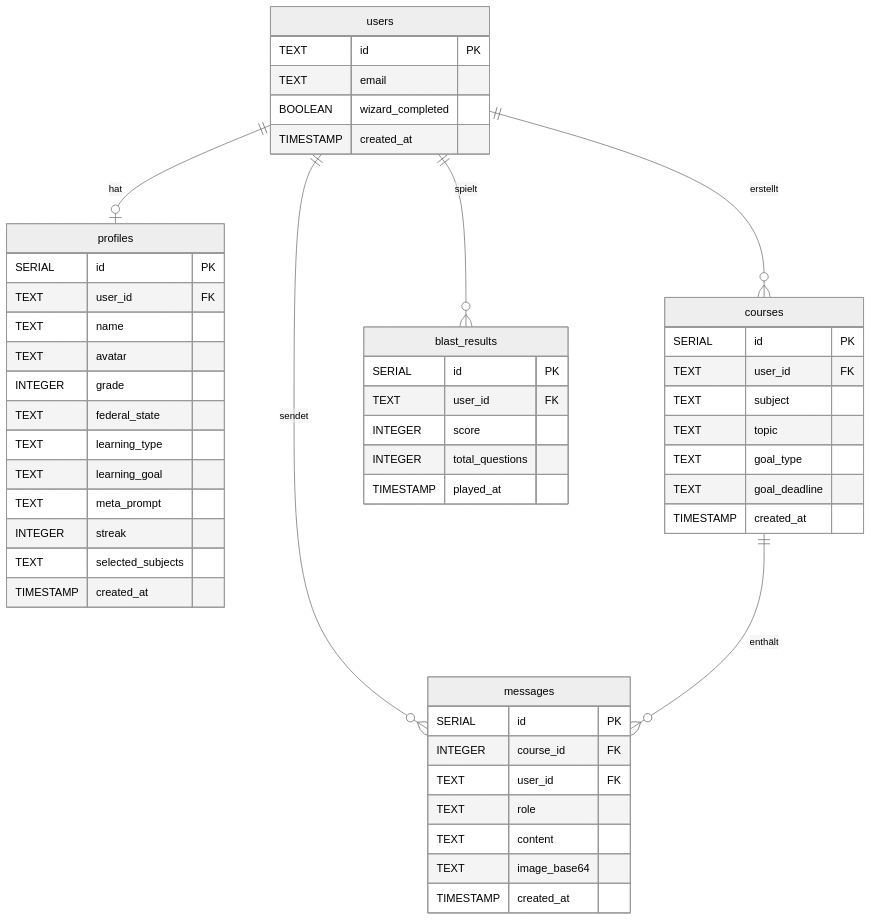
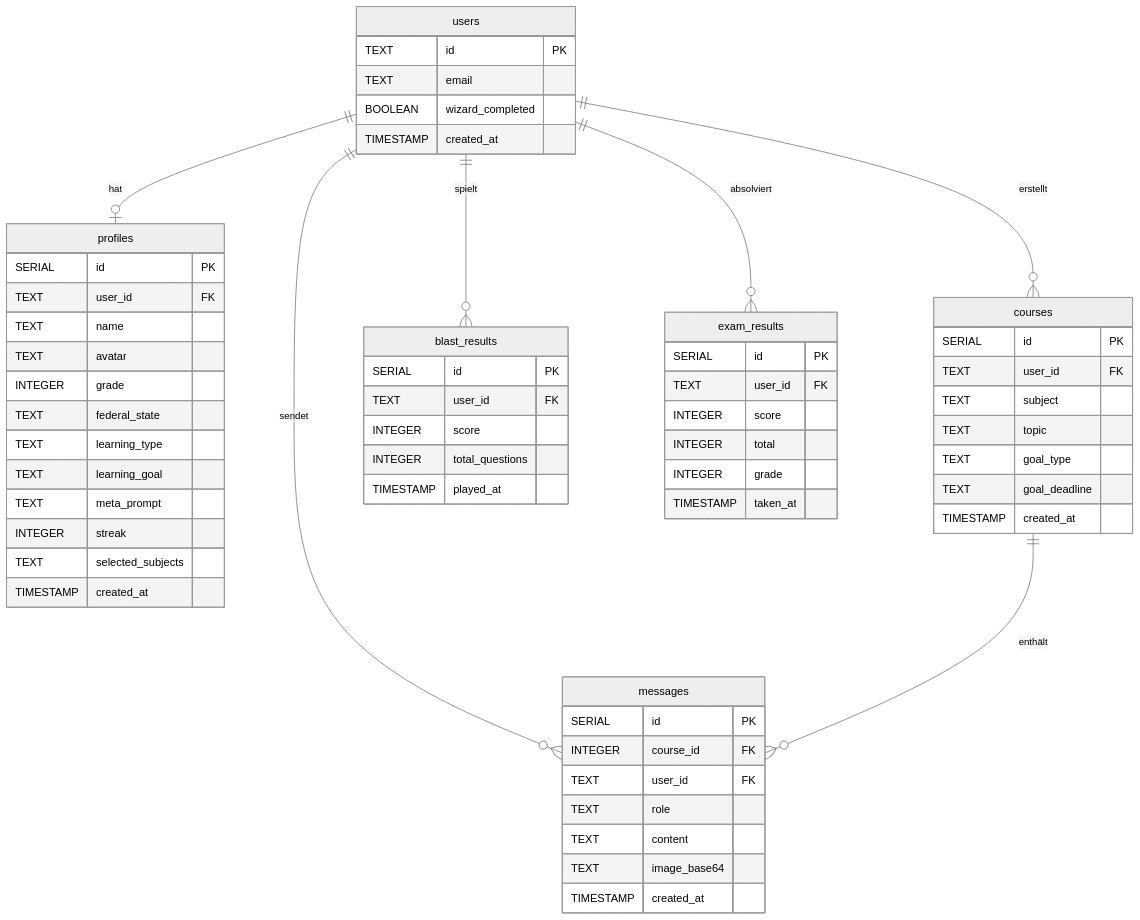
One commit to matteo-ise/lumi-learning-platform changed the third of 3 diagrams in README.md. Above: the diagram before and after it, drawn with Mermaid (neutral theme). The commit also changed other lines of this file and 17 other files, not shown here.

````diff
--- a/README.md
+++ b/README.md
@@ -351,54 +365,63 @@
 ```mermaid
 erDiagram
     users {
         TEXT id PK
         TEXT email
         BOOLEAN wizard_completed
         TIMESTAMP created_at
     }
     profiles {
         SERIAL id PK
         TEXT user_id FK
         TEXT name
         TEXT avatar
         INTEGER grade
         TEXT federal_state
         TEXT learning_type
         TEXT learning_goal
         TEXT meta_prompt
         INTEGER streak
         TEXT selected_subjects
         TIMESTAMP created_at
     }
     courses {
         SERIAL id PK
         TEXT user_id FK
         TEXT subject
         TEXT topic
         TEXT goal_type
         TEXT goal_deadline
         TIMESTAMP created_at
     }
     messages {
         SERIAL id PK
         INTEGER course_id FK
         TEXT user_id FK
         TEXT role
         TEXT content
         TEXT image_base64
         TIMESTAMP created_at
     }
     blast_results {
         SERIAL id PK
         TEXT user_id FK
         INTEGER score
         INTEGER total_questions
         TIMESTAMP played_at
     }
+    exam_results {
+        SERIAL id PK
+        TEXT user_id FK
+        INTEGER score
+        INTEGER total
+        INTEGER grade
+        TIMESTAMP taken_at
+    }
 
     users ||--o| profiles : "hat"
     users ||--o{ courses : "erstellt"
     users ||--o{ messages : "sendet"
     users ||--o{ blast_results : "spielt"
+    users ||--o{ exam_results : "absolviert"
     courses ||--o{ messages : "enthält"
 ```
````
